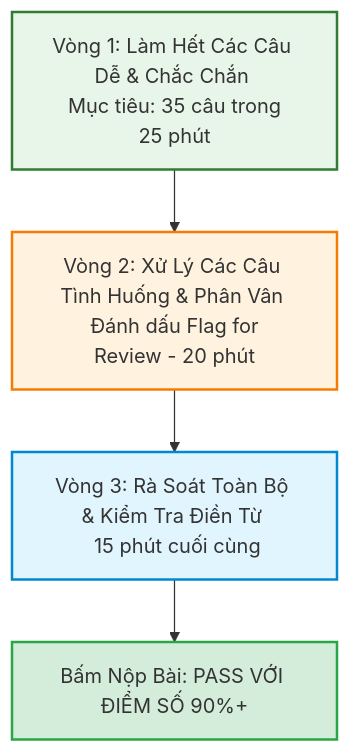
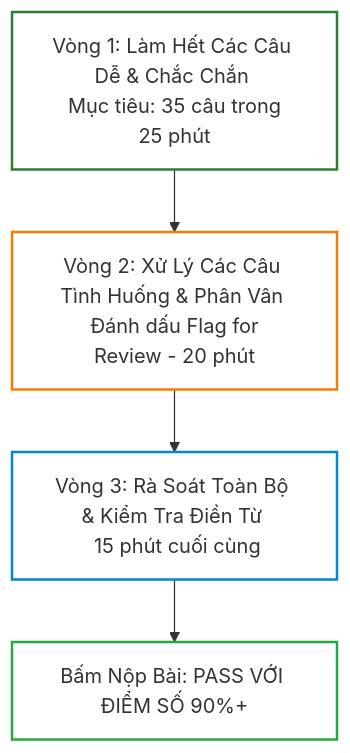
One commit to kiennt308/ntk changed the fourth of 4 diagrams in _posts/2026-09-13-terraform-29-29-tong-on-va-bi-kip-chinh-phuc-chung-chi-terraform-associate-003.md. Above: the diagram before and after it, drawn with Mermaid. The commit also changed other lines of this file and 207 other files, not shown here.

Commit message:
feat(posts): batch standardize all 208 posts with TL;DR, qa-card accordion, fill:none mermaid, and liquid raw wrappers

````diff
--- a/_posts/2026-09-13-terraform-29-29-tong-on-va-bi-kip-chinh-phuc-chung-chi-terraform-associate-003.md
+++ b/_posts/2026-09-13-terraform-29-29-tong-on-va-bi-kip-chinh-phuc-chung-chi-terraform-associate-003.md
@@ -452,13 +806,13 @@
 ```mermaid
 graph TD
     S1["Vòng 1: Làm Hết Các Câu Dễ & Chắc Chắn \n Mục tiêu: 35 câu trong 25 phút"] --> S2["Vòng 2: Xử Lý Các Câu Tình Huống & Phân Vân \n Đánh dấu Flag for Review - 20 phút"]
     S2 --> S3["Vòng 3: Rà Soát Toàn Bộ & Kiểm Tra Điền Từ \n 15 phút cuối cùng"]
     S3 --> SUBMIT["Bấm Nộp Bài: PASS VỚI ĐIỂM SỐ 90%+"]
 
-    style S1 fill:#e8f5e9,stroke:#2e7d32,stroke-width:2px
-    style S2 fill:#fff3e0,stroke:#f57c00,stroke-width:2px
-    style S3 fill:#e1f5fe,stroke:#0288d1,stroke-width:2px
-    style SUBMIT fill:#d4edda,stroke:#28a745,stroke-width:2px
+    style S1 fill:none,stroke:#2e7d32,stroke-width:2px
+    style S2 fill:none,stroke:#f57c00,stroke-width:2px
+    style S3 fill:none,stroke:#0288d1,stroke-width:2px
+    style SUBMIT fill:none,stroke:#28a745,stroke-width:2px
 
 
 ```
````
